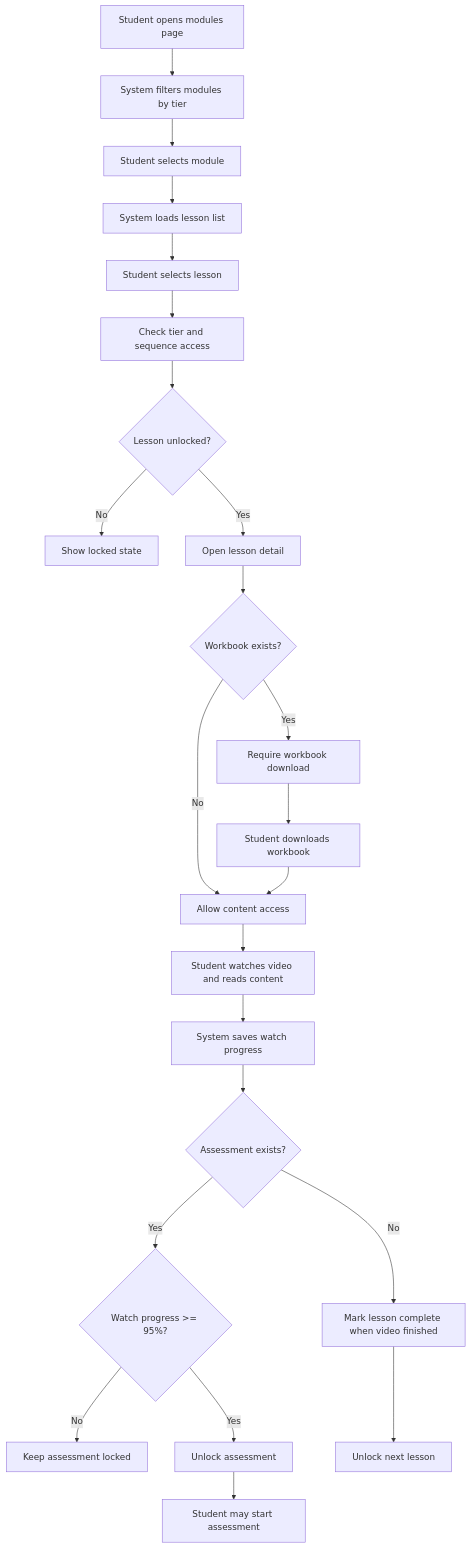
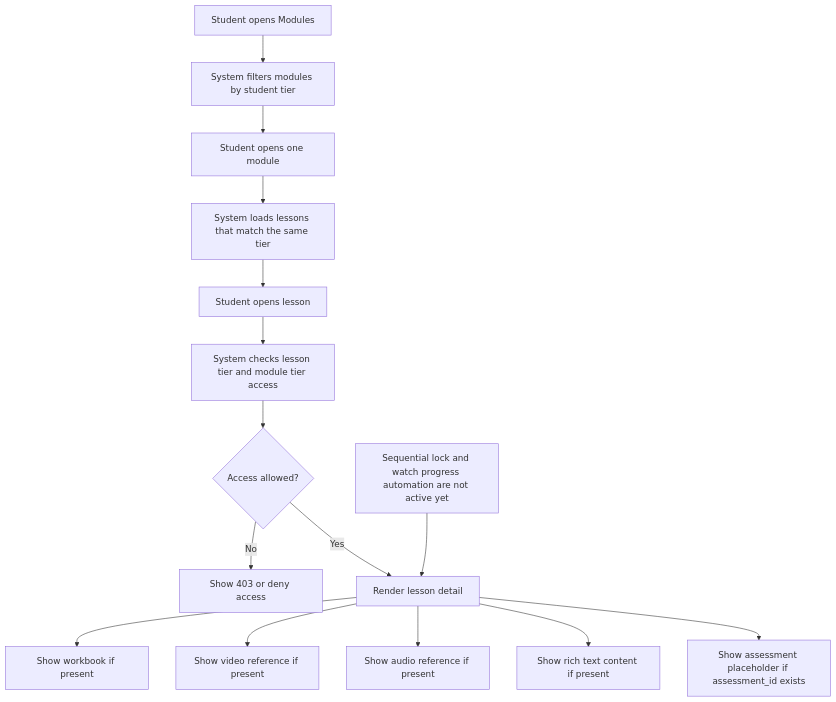
One commit to weslyambaritaa/YogaFX-Learning-Management-System-Web changed the diagram in docs/mermaid/module-lesson-learning.mmd. Above: the diagram before and after it, drawn with Mermaid. The commit also changed 44 other files, not shown here.

Commit message:
docs: refresh project documentation, flows, and diagrams as source of truth

```diff
--- a/docs/mermaid/module-lesson-learning.mmd
+++ b/docs/mermaid/module-lesson-learning.mmd
@@ -1,23 +1,16 @@
 flowchart TD
-    A[Student opens modules page] --> B[System filters modules by tier]
-    B --> C[Student selects module]
-    C --> D[System loads lesson list]
-    D --> E[Student selects lesson]
-    E --> F[Check tier and sequence access]
-    F --> G{Lesson unlocked?}
-    G -->|No| H[Show locked state]
-    G -->|Yes| I[Open lesson detail]
-    I --> J{Workbook exists?}
-    J -->|Yes| K[Require workbook download]
-    J -->|No| L[Allow content access]
-    K --> M[Student downloads workbook]
-    M --> L
-    L --> N[Student watches video and reads content]
-    N --> O[System saves watch progress]
-    O --> P{Assessment exists?}
-    P -->|No| Q[Mark lesson complete when video finished]
-    P -->|Yes| R{Watch progress >= 95%?}
-    R -->|No| S[Keep assessment locked]
-    R -->|Yes| T[Unlock assessment]
-    Q --> U[Unlock next lesson]
-    T --> V[Student may start assessment]
+    A[Student opens Modules] --> B[System filters modules by student tier]
+    B --> C[Student opens one module]
+    C --> D[System loads lessons that match the same tier]
+    D --> E[Student opens lesson]
+    E --> F[System checks lesson tier and module tier access]
+    F --> G{Access allowed?}
+    G -->|No| H[Show 403 or deny access]
+    G -->|Yes| I[Render lesson detail]
+    I --> J[Show workbook if present]
+    I --> K[Show video reference if present]
+    I --> L[Show audio reference if present]
+    I --> M[Show rich text content if present]
+    I --> N[Show assessment placeholder if assessment_id exists]
+
+    O[Sequential lock and watch progress automation are not active yet] --> I
```
